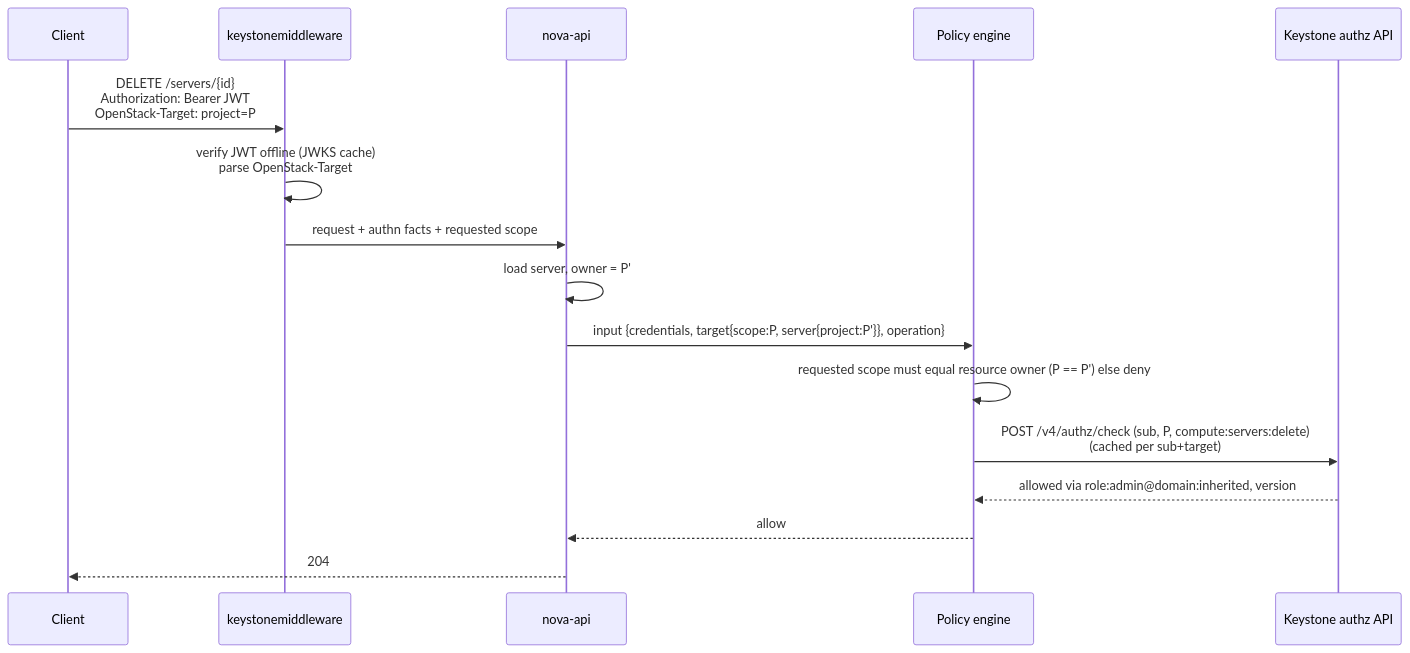
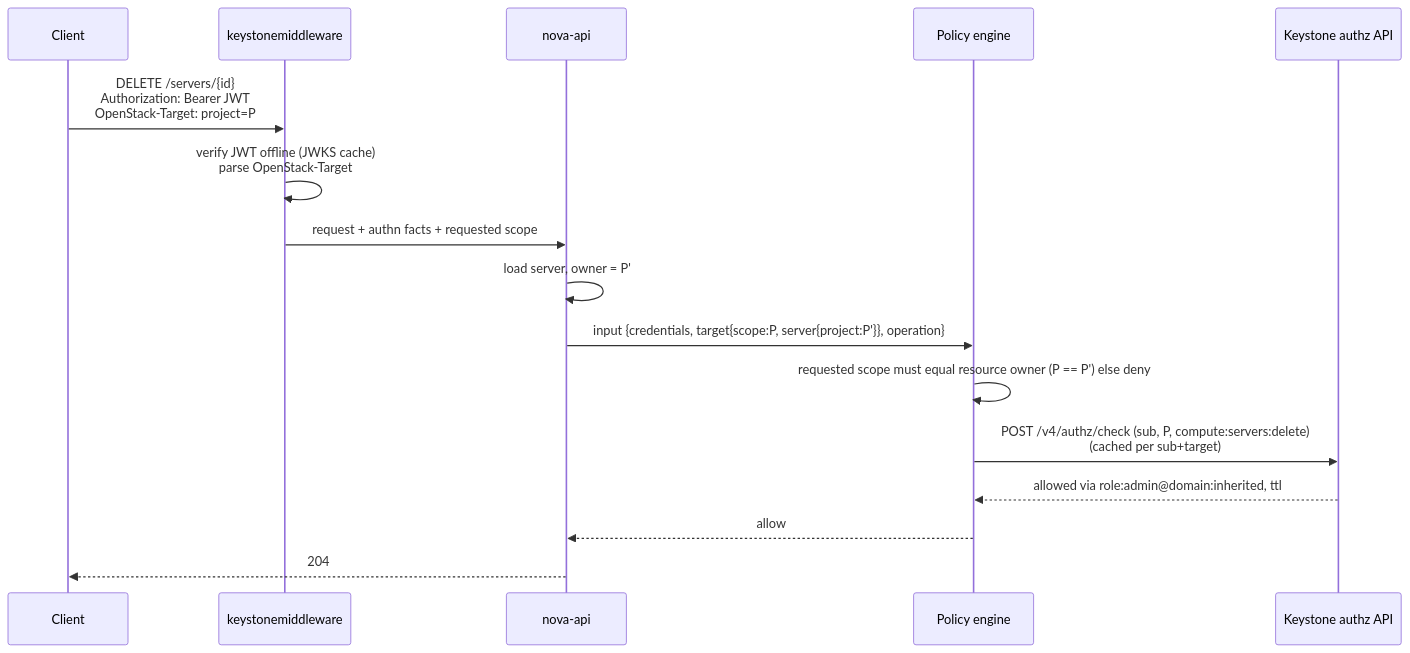
The third of 6 diagrams in doc/src/vision.md (openstack-experimental/keystone), drawn with Mermaid before and after one commit. The commit also changed other lines of this file, not shown here.

````diff
--- a/doc/src/vision.md
+++ b/doc/src/vision.md
@@ -436,19 +465,19 @@
 ```mermaid
 sequenceDiagram
     participant C as Client
     participant M as keystonemiddleware
     participant S as nova-api
     participant P as Policy engine
     participant K as Keystone authz API
 
     C->>M: DELETE /servers/{id}<br/>Authorization: Bearer JWT<br/>OpenStack-Target: project=P
     M->>M: verify JWT offline (JWKS cache)<br/>parse OpenStack-Target
     M->>S: request + authn facts + requested scope
     S->>S: load server, owner = P'
     S->>P: input {credentials, target{scope:P, server{project:P'}}, operation}
     P->>P: requested scope must equal resource owner (P == P') else deny
     P->>K: POST /v4/authz/check (sub, P, compute:servers:delete)<br/>(cached per sub+target)
-    K-->>P: allowed via role:admin@domain:inherited, version
+    K-->>P: allowed via role:admin@domain:inherited, ttl
     P-->>S: allow
     S-->>C: 204
 ```
````
